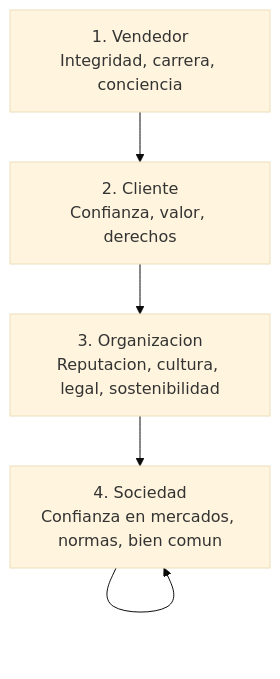
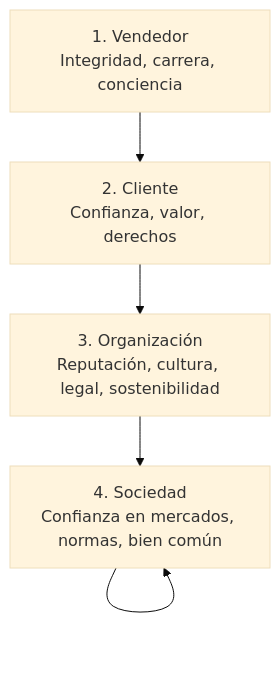
One commit to Mateo-404/AGI changed the third of 3 diagrams in contenido/gestion-ventas/lecciones/l8-1.md. Above: the diagram before and after it, drawn with Mermaid (base theme). The commit also changed other lines of this file and 51 other files, not shown here.

First line of the commit message:
gestion-ventas: fix mermaid diagrams, referencias format, and interactive blocks

````diff
--- a/contenido/gestion-ventas/lecciones/l8-1.md
+++ b/contenido/gestion-ventas/lecciones/l8-1.md
@@ -69,7 +71,7 @@
-```mermaid Circulos de Mele
+```mermaid Círculos de Melé
 flowchart TD
   C1[1. Vendedor<br/>Integridad, carrera, conciencia] --> C2
   C2[2. Cliente<br/>Confianza, valor, derechos] --> C3
-  C3[3. Organizacion<br/>Reputacion, cultura, legal, sostenibilidad] --> C4
-  C4[4. Sociedad<br/>Confianza en mercados, normas, bien comun] --> C4
+  C3[3. Organización<br/>Reputación, cultura, legal, sostenibilidad] --> C4
+  C4[4. Sociedad<br/>Confianza en mercados, normas, bien común] --> C4
 ```
````
